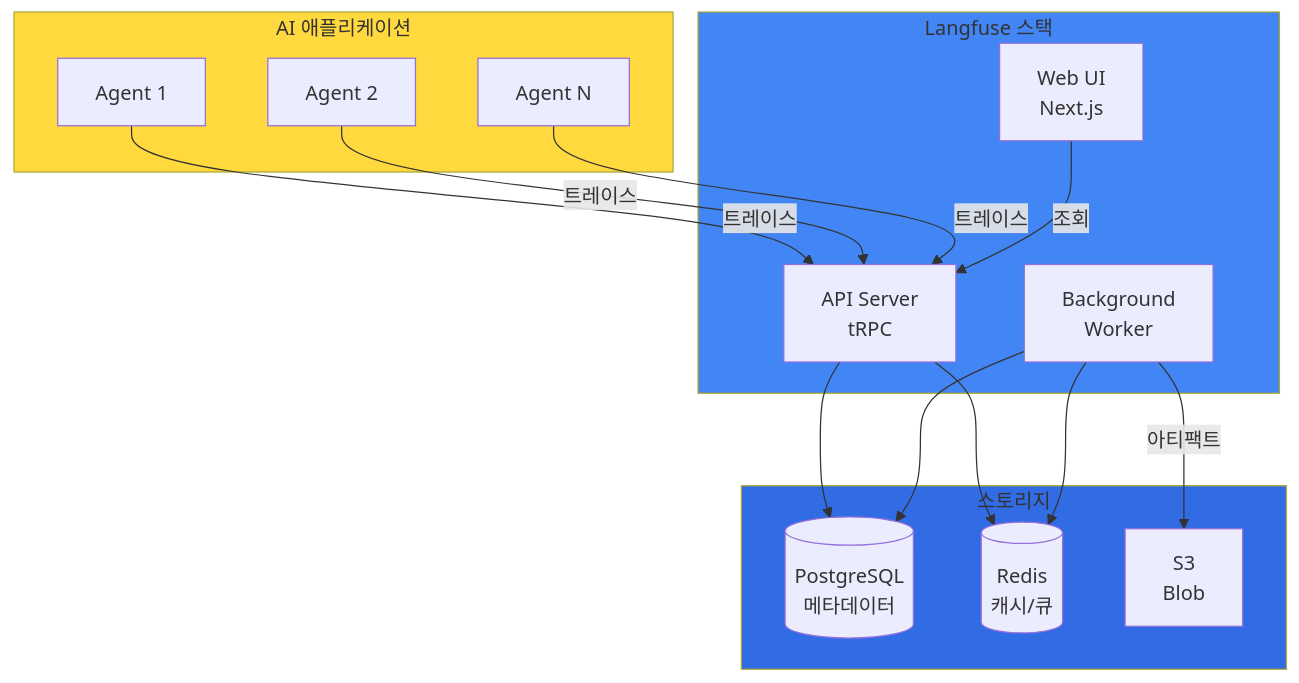
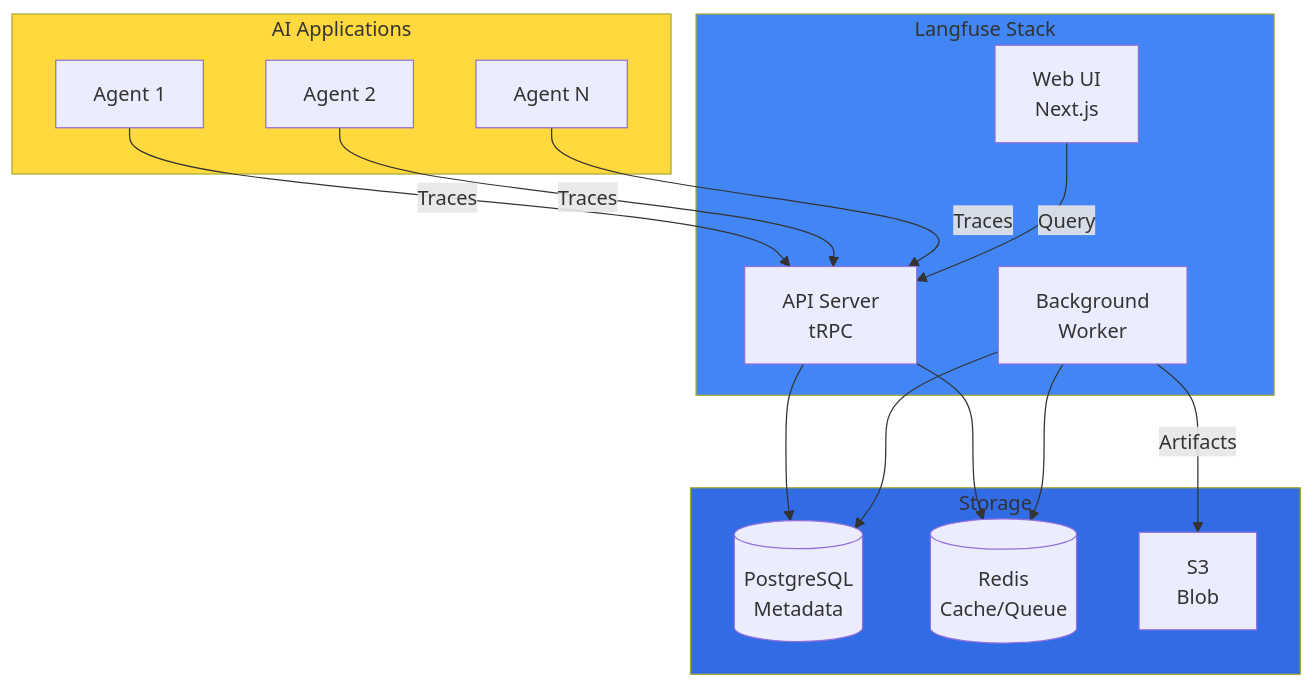
One commit to devfloor9/engineering-playbook changed the first of 3 diagrams in docs/agentic-ai-platform/operations-mlops/observability/agent-monitoring.md. Above: the diagram before and after it, drawn with Mermaid. The commit also changed other lines of this file and 954 other files, not shown here.

````diff
--- a/docs/agentic-ai-platform/operations-mlops/observability/agent-monitoring.md
+++ b/docs/agentic-ai-platform/operations-mlops/observability/agent-monitoring.md
@@ -61,34 +61,34 @@
 ```mermaid
 flowchart TB
-    subgraph Clients["AI 애플리케이션"]
+    subgraph Clients["AI Applications"]
         AGENT1[Agent 1]
         AGENT2[Agent 2]
         AGENTN[Agent N]
     end
 
-    subgraph Langfuse["Langfuse 스택"]
+    subgraph Langfuse["Langfuse Stack"]
         WEB[Web UI<br/>Next.js]
         API[API Server<br/>tRPC]
         WORKER[Background<br/>Worker]
     end
 
-    subgraph Storage["스토리지"]
-        PG[(PostgreSQL<br/>메타데이터)]
-        REDIS[(Redis<br/>캐시/큐)]
+    subgraph Storage["Storage"]
+        PG[(PostgreSQL<br/>Metadata)]
+        REDIS[(Redis<br/>Cache/Queue)]
         S3[S3<br/>Blob]
     end
 
-    AGENT1 -->|트레이스| API
-    AGENT2 -->|트레이스| API
-    AGENTN -->|트레이스| API
-    WEB -->|조회| API
+    AGENT1 -->|Traces| API
+    AGENT2 -->|Traces| API
+    AGENTN -->|Traces| API
+    WEB -->|Query| API
     API --> PG
     API --> REDIS
     WORKER --> PG
     WORKER --> REDIS
-    WORKER -->|아티팩트| S3
+    WORKER -->|Artifacts| S3
 
     style Clients fill:#ffd93d
     style Langfuse fill:#4285f4
     style Storage fill:#326ce5
 ```
````
